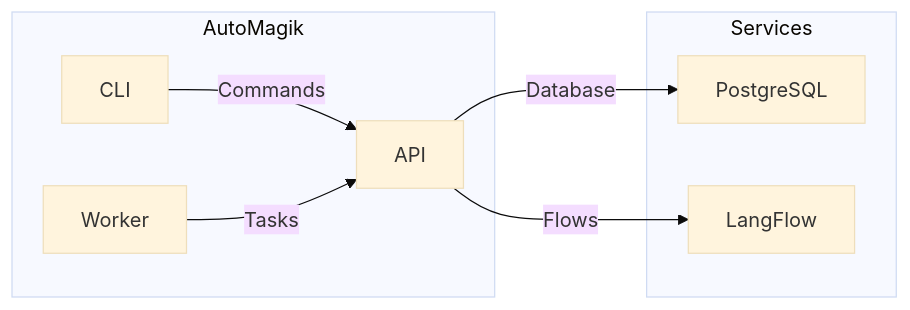
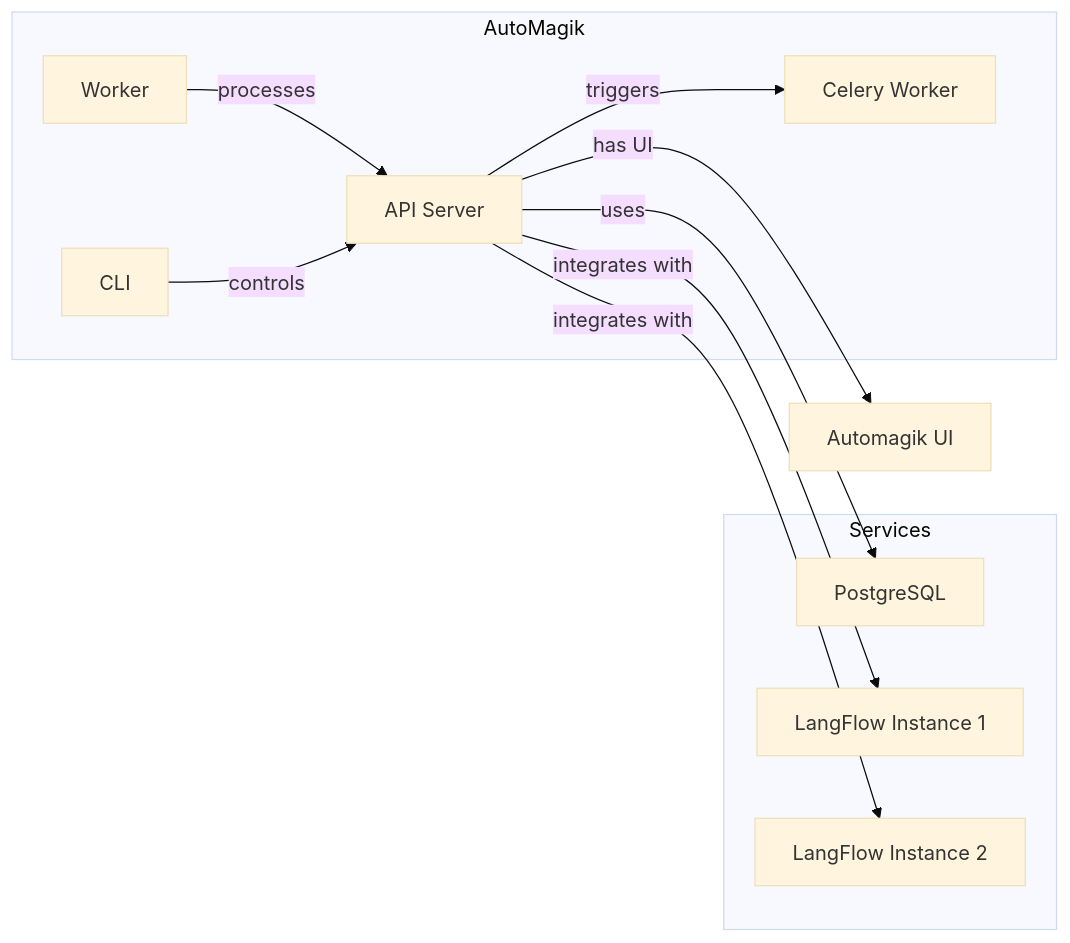
Before and after one commit to namastexlabs/automagik-spark: the diagram in README.md, drawn with Mermaid (base theme). The commit also changed other lines of this file, not shown here.

````diff
--- a/README.md
+++ b/README.md
@@ -93,12 +88,21 @@
 ```mermaid
 flowchart LR
     subgraph Services
-      A[PostgreSQL] & B[LangFlow]
+      DB[PostgreSQL]
+      LF1[LangFlow Instance 1]
+      LF2[LangFlow Instance 2]
     end
     subgraph AutoMagik
-      E[CLI] -- Commands --> D[API]
-      D -- Database --> A
-      D -- Flows --> B
-      F[Worker] -- Tasks --> D
+      CLI[CLI]
+      API[API Server]
+      CW[Celery Worker]
+      W[Worker]
     end
+    API -- uses --> DB
+    API -- triggers --> CW
+    W -- processes --> API
+    API -- integrates with --> LF1
+    API -- integrates with --> LF2
+    CLI -- controls --> API
+    API -- has UI --> UI[Automagik UI]
 ```
````
